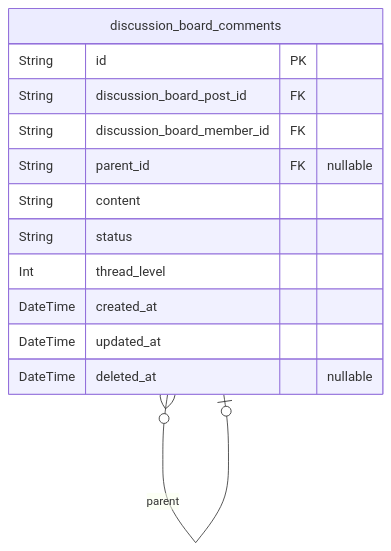
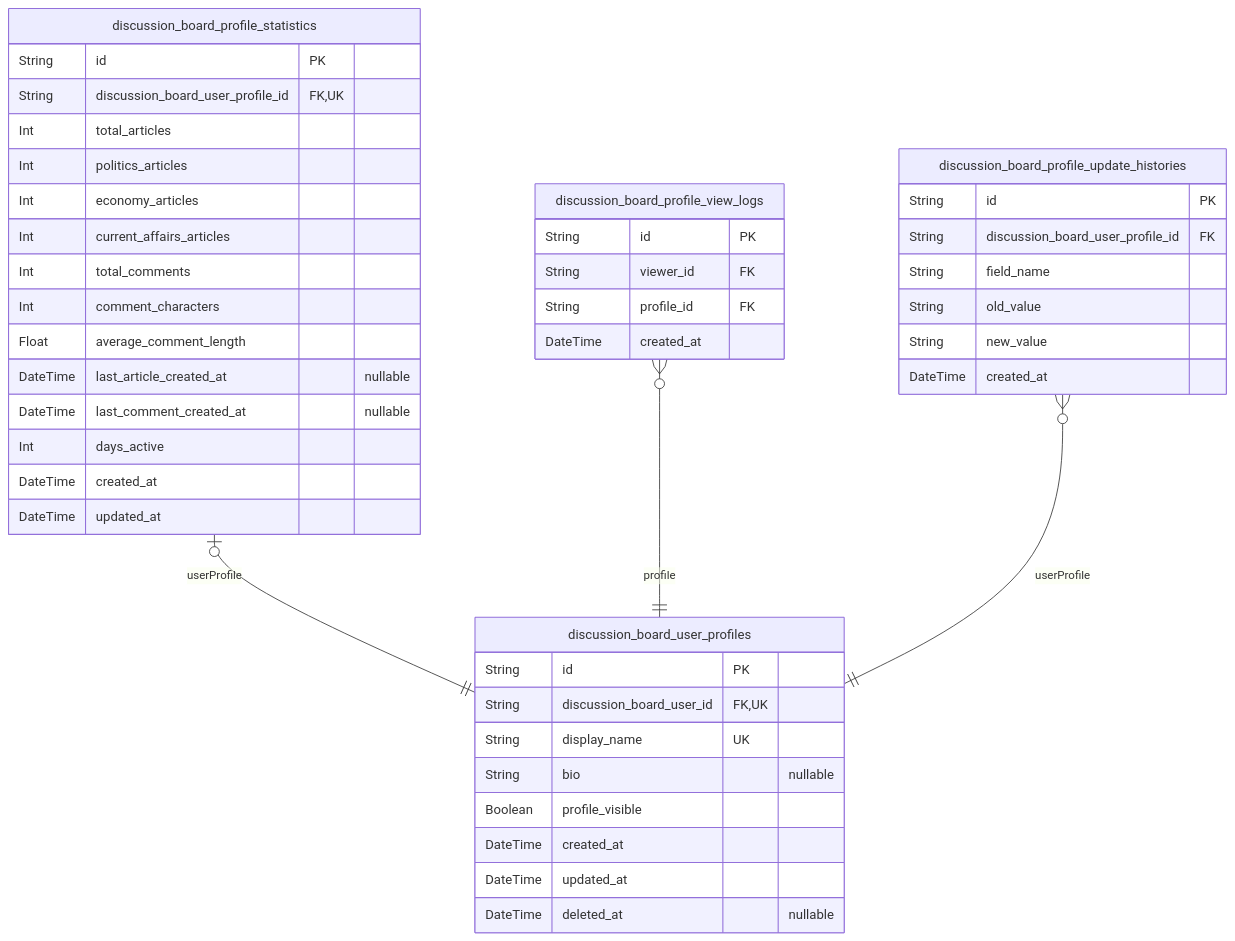
Before and after one commit to wrtnlabs/autobe-examples: the third of 8 diagrams in deepseek/deepseek-v3.1-terminus-exacto/bbs/docs/ERD.md, drawn with Mermaid. The commit also changed other lines of this file and 9391 other files, not shown here.

````diff
--- a/deepseek/deepseek-v3.1-terminus-exacto/bbs/docs/ERD.md
+++ b/deepseek/deepseek-v3.1-terminus-exacto/bbs/docs/ERD.md
@@ -436,16 +884,46 @@
 ```mermaid
 erDiagram
-"discussion_board_comments" {
+"discussion_board_user_profiles" {
   String id PK
-  String discussion_board_post_id FK
-  String discussion_board_member_id FK
-  String parent_id FK "nullable"
-  String content
-  String status
-  Int thread_level
+  String discussion_board_user_id FK,UK
+  String display_name UK
+  String bio "nullable"
+  Boolean profile_visible
   DateTime created_at
   DateTime updated_at
   DateTime deleted_at "nullable"
 }
-"discussion_board_comments" }o--o| "discussion_board_comments" : parent
+"discussion_board_profile_statistics" {
+  String id PK
+  String discussion_board_user_profile_id FK,UK
+  Int total_articles
+  Int politics_articles
+  Int economy_articles
+  Int current_affairs_articles
+  Int total_comments
+  Int comment_characters
+  Float average_comment_length
+  DateTime last_article_created_at "nullable"
+  DateTime last_comment_created_at "nullable"
+  Int days_active
+  DateTime created_at
+  DateTime updated_at
+}
+"discussion_board_profile_view_logs" {
+  String id PK
+  String viewer_id FK
+  String profile_id FK
+  DateTime created_at
+}
+"discussion_board_profile_update_histories" {
+  String id PK
+  String discussion_board_user_profile_id FK
+  String field_name
+  String old_value
+  String new_value
+  DateTime created_at
+}
+"discussion_board_profile_statistics" |o--|| "discussion_board_user_profiles" : userProfile
+"discussion_board_profile_view_logs" }o--|| "discussion_board_user_profiles" : profile
+"discussion_board_profile_update_histories" }o--|| "discussion_board_user_profiles" : userProfile
 ```
````
